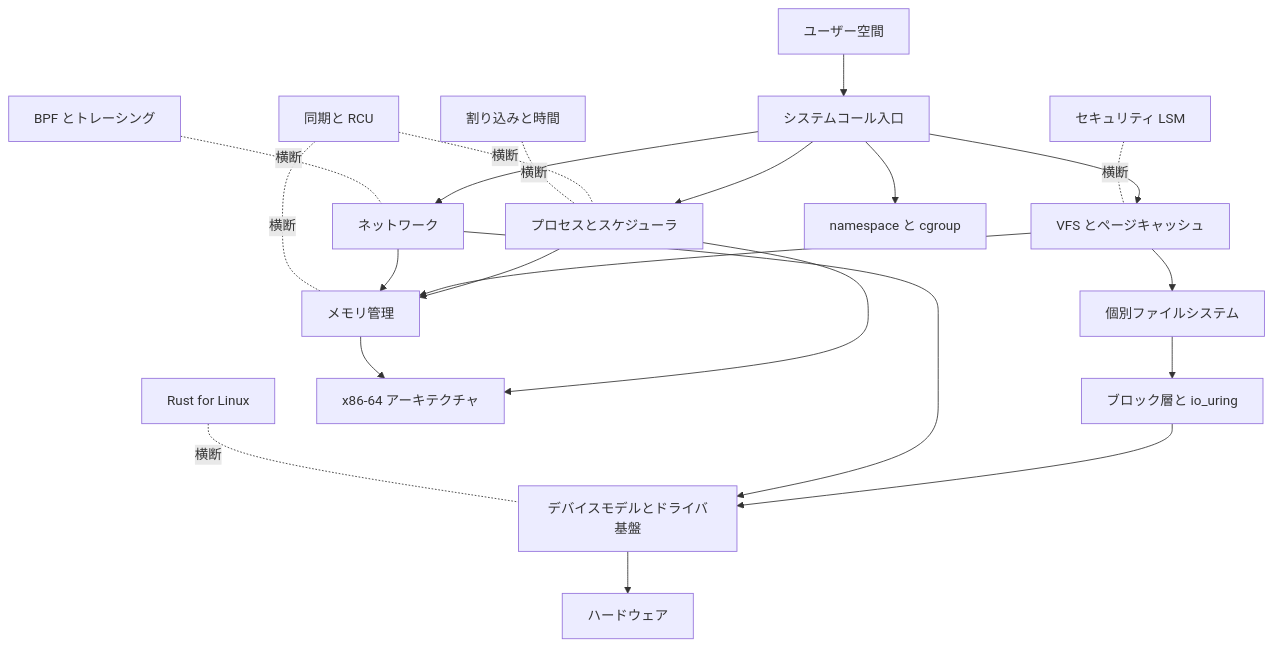
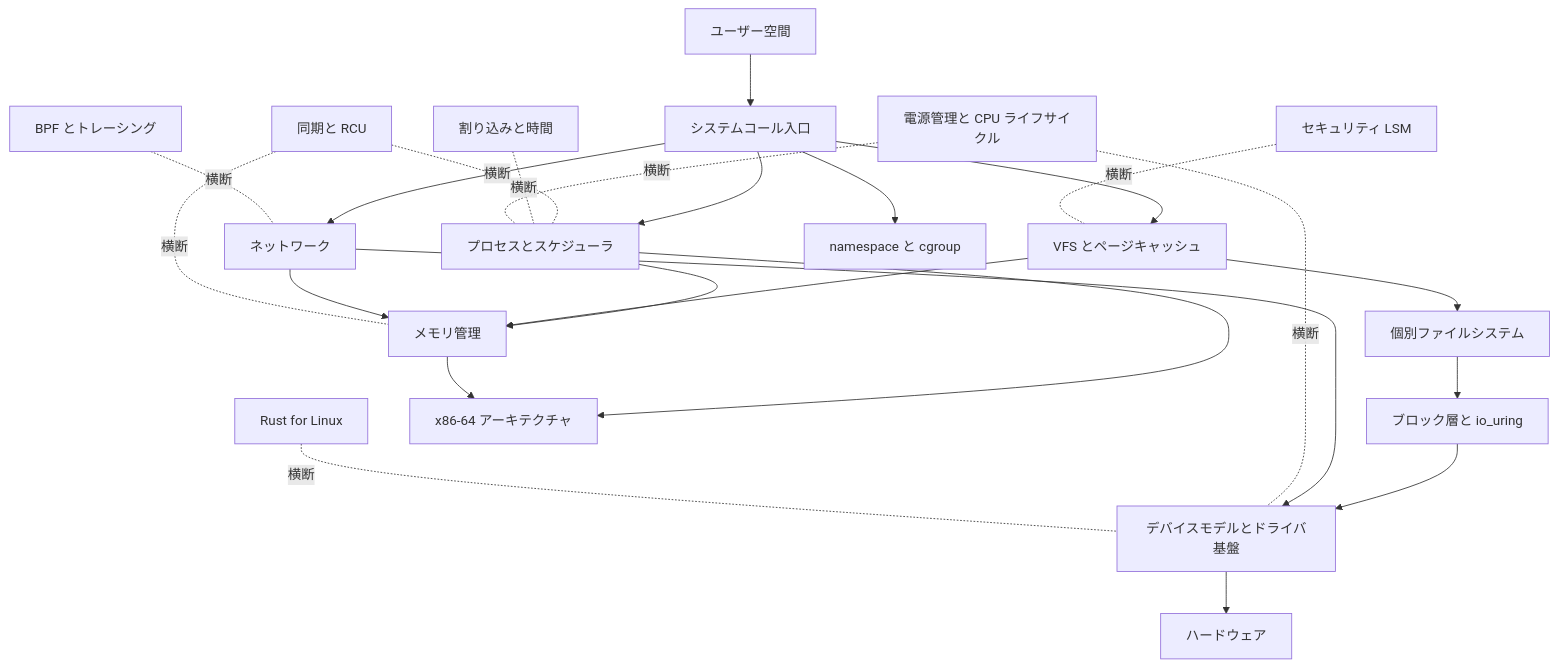
One commit to miyamadoKL/source-code-reading changed the diagram in linux/README.md. Above: the diagram before and after it, drawn with Mermaid. The commit also changed other lines of this file, not shown here.

````diff
--- a/linux/README.md
+++ b/linux/README.md
@@ -16,24 +16,26 @@
 ```mermaid
 graph TD
     US[ユーザー空間] --> SYSCALL[システムコール入口]
     SYSCALL --> SCHED[プロセスとスケジューラ]
     SYSCALL --> VFS[VFS とページキャッシュ]
     SYSCALL --> NET[ネットワーク]
     SYSCALL --> IPCNS[namespace と cgroup]
     VFS --> FS[個別ファイルシステム]
     FS --> BLOCK[ブロック層と io_uring]
     SCHED --> MM[メモリ管理]
     VFS --> MM
     NET --> MM
     BLOCK --> DRV[デバイスモデルとドライバ基盤]
     NET --> DRV
     DRV --> HW[ハードウェア]
     SCHED --> ARCH[x86-64 アーキテクチャ]
     MM --> ARCH
     LOCK[同期と RCU] -.横断.- SCHED
     LOCK -.横断.- MM
     IRQ[割り込みと時間] -.横断.- SCHED
+    PM[電源管理と CPU ライフサイクル] -.横断.- SCHED
+    PM -.横断.- DRV
     SEC[セキュリティ LSM] -.横断.- VFS
     BPF[BPF とトレーシング] -.横断.- NET
     RUST[Rust for Linux] -.横断.- DRV
 ```
````
